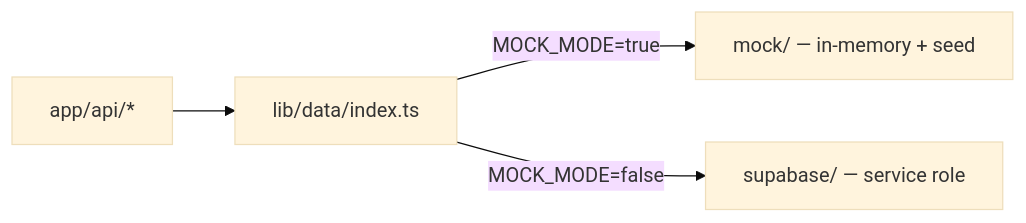
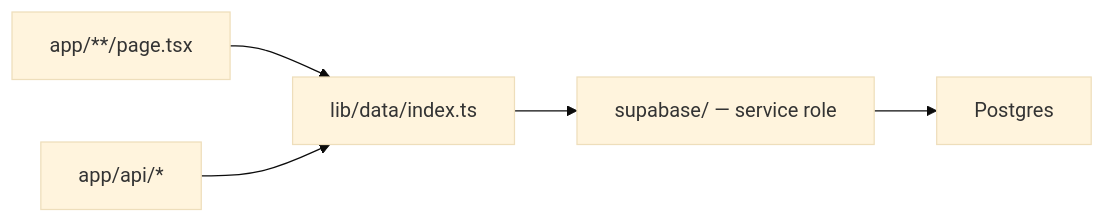
The seventh of 7 diagrams in docs/architecture.md (DmitriPer/weddingRsvp), drawn with Mermaid (base theme) before and after one commit. The commit also changed other lines of this file and 6 other files, not shown here.

````diff
--- a/docs/architecture.md
+++ b/docs/architecture.md
@@ -309,6 +308,7 @@
 ```mermaid
 flowchart LR
-    R["app/api/*"] --> I["lib/data/index.ts"]
-    I -->|"MOCK_MODE=true"| M["mock/ — in-memory + seed"]
-    I -->|"MOCK_MODE=false"| S["supabase/ — service role"]
+    P["app/**/page.tsx"] --> I["lib/data/index.ts"]
+    R["app/api/*"] --> I
+    I --> S["supabase/ — service role"]
+    S --> DB["Postgres"]
 ```
````
